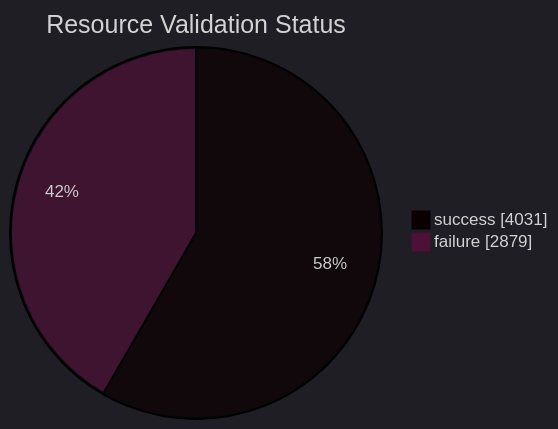
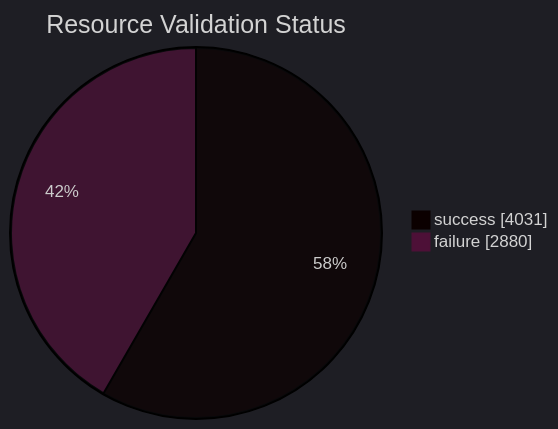
Before and after one commit to open-data/analytics-corporate-reporting: the first of 5 diagrams in datastore_tracker/README.md, drawn with Mermaid. The commit also changed 8 other files, not shown here.

````diff
--- a/datastore_tracker/README.md
+++ b/datastore_tracker/README.md
@@ -20,9 +20,9 @@
 ```mermaid
 ---
 config:
   theme: dark
 ---
 pie showData title Resource Validation Status
     "success": 4031
-    "failure": 2879
+    "failure": 2880
 ```
````
